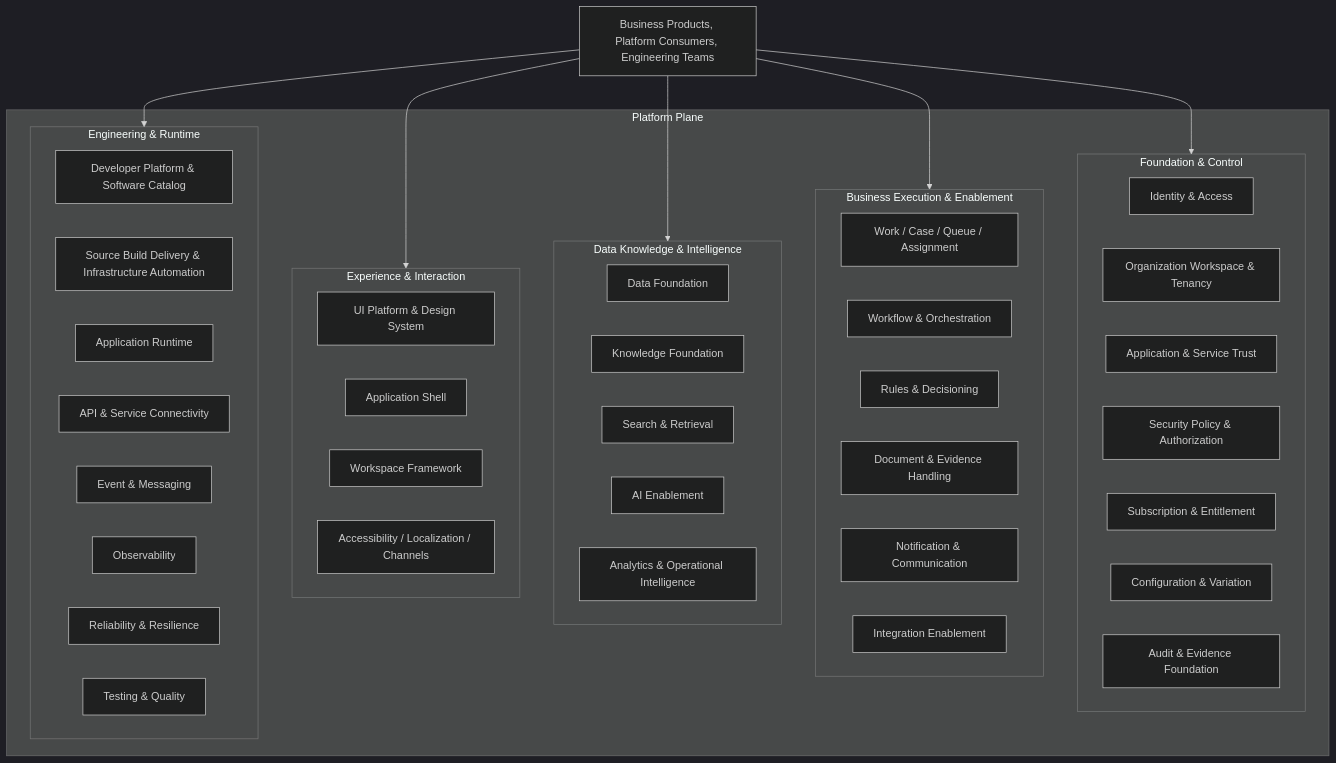
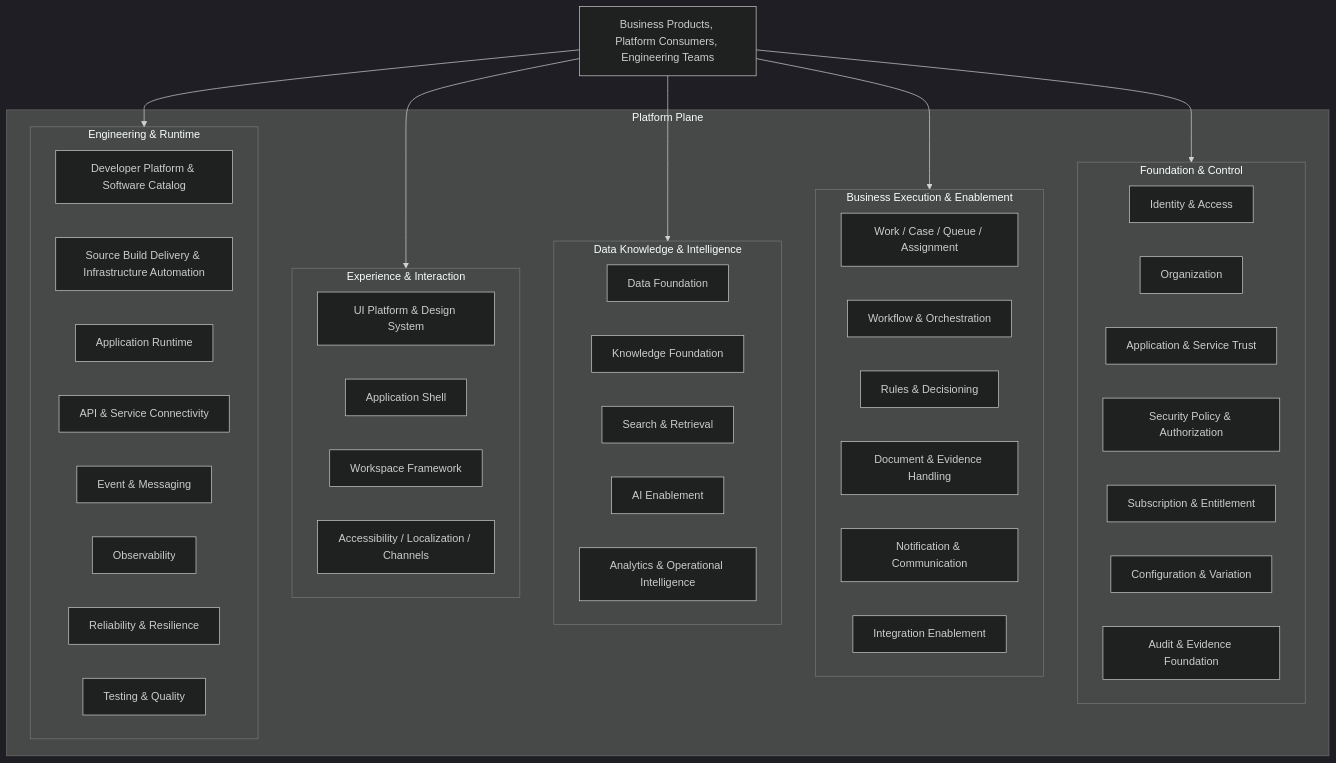
Before and after one commit to anshacerbia2/scnehaux-architecture: the diagram in 01-enterprise/EAD-005-enterprise-platform-architecture.md, drawn with Mermaid (dark theme). The commit also changed other lines of this file and 45 other files, not shown here.

Commit message:
Align identity and tenancy architecture baseline

````diff
--- a/01-enterprise/EAD-005-enterprise-platform-architecture.md
+++ b/01-enterprise/EAD-005-enterprise-platform-architecture.md
@@ -87,57 +87,57 @@
 ```mermaid
 graph TB
     CONSUMERS[Business Products, Platform Consumers, Engineering Teams]
 
     subgraph PLATFORM[Platform Plane]
         subgraph FC[Foundation & Control]
             IAM[Identity & Access]
-            TEN[Organization Workspace & Tenancy]
+            TEN[Organization]
             TRUST[Application & Service Trust]
             POLICY[Security Policy & Authorization]
             ENTITLE[Subscription & Entitlement]
             CONFIG[Configuration & Variation]
             AUDIT[Audit & Evidence Foundation]
         end
 
         subgraph BEE[Business Execution & Enablement]
             EXEC[Work / Case / Queue / Assignment]
             FLOW[Workflow & Orchestration]
             RULES[Rules & Decisioning]
             DOC[Document & Evidence Handling]
             NOTIF[Notification & Communication]
             INTEGRATION[Integration Enablement]
         end
 
         subgraph DKI[Data Knowledge & Intelligence]
             DATA[Data Foundation]
             KNOW[Knowledge Foundation]
             SEARCH[Search & Retrieval]
             AI[AI Enablement]
             OI[Analytics & Operational Intelligence]
         end
 
         subgraph EI[Experience & Interaction]
             UI[UI Platform & Design System]
             SHELL[Application Shell]
             WORKSPACE[Workspace Framework]
             ACCESS[Accessibility / Localization / Channels]
         end
 
         subgraph ER[Engineering & Runtime]
             DEV[Developer Platform & Software Catalog]
             DELIVERY[Source Build Delivery & Infrastructure Automation]
             RUNTIME[Application Runtime]
             CONNECT[API & Service Connectivity]
             MESSAGE[Event & Messaging]
             OBS[Observability]
             REL[Reliability & Resilience]
             QUALITY[Testing & Quality]
         end
     end
 
     CONSUMERS --> FC
     CONSUMERS --> BEE
     CONSUMERS --> DKI
     CONSUMERS --> EI
     CONSUMERS --> ER
 ```
````
